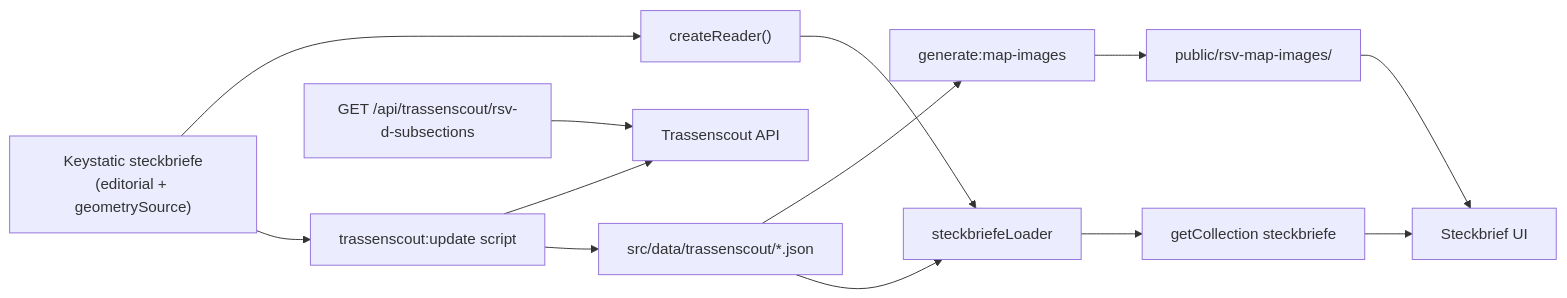
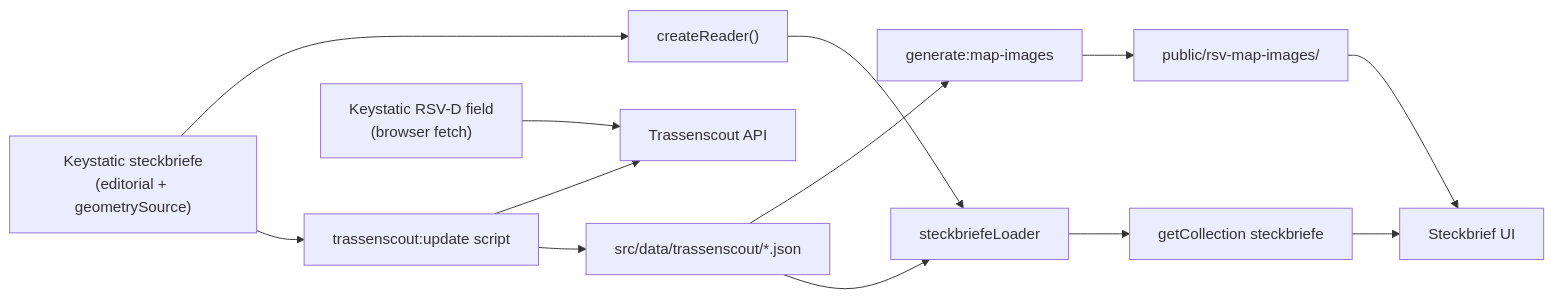
Before and after one commit to FixMyBerlin/rsv-info: the diagram in docs/DATA.md, drawn with Mermaid. The commit also changed other lines of this file and 4 other files, not shown here.

First line of the commit message:
Keystatic: fetch RSV-D subsections from Trassenscout directly

````diff
--- a/docs/DATA.md
+++ b/docs/DATA.md
@@ -7,24 +7,24 @@
 ```mermaid
 flowchart LR
   ksYaml["Keystatic steckbriefe\n(editorial + geometrySource)"]
   reader["createReader()"]
   updateScript["trassenscout:update script"]
   tsApi["Trassenscout API"]
   cache["src/data/trassenscout/*.json"]
   mapScript["generate:map-images"]
   pngs["public/rsv-map-images/"]
   loader["steckbriefeLoader"]
   collection["getCollection steckbriefe"]
   ui[Steckbrief UI]
-  adminApi["GET /api/trassenscout/rsv-d-subsections"]
+  keystaticField["Keystatic RSV-D field\n(browser fetch)"]
 
   ksYaml --> reader --> loader
   ksYaml --> updateScript
   updateScript --> tsApi
   updateScript --> cache
   cache --> mapScript --> pngs
   cache --> loader
   pngs --> ui
   loader --> collection --> ui
-  adminApi --> tsApi
+  keystaticField --> tsApi
 ```
````
